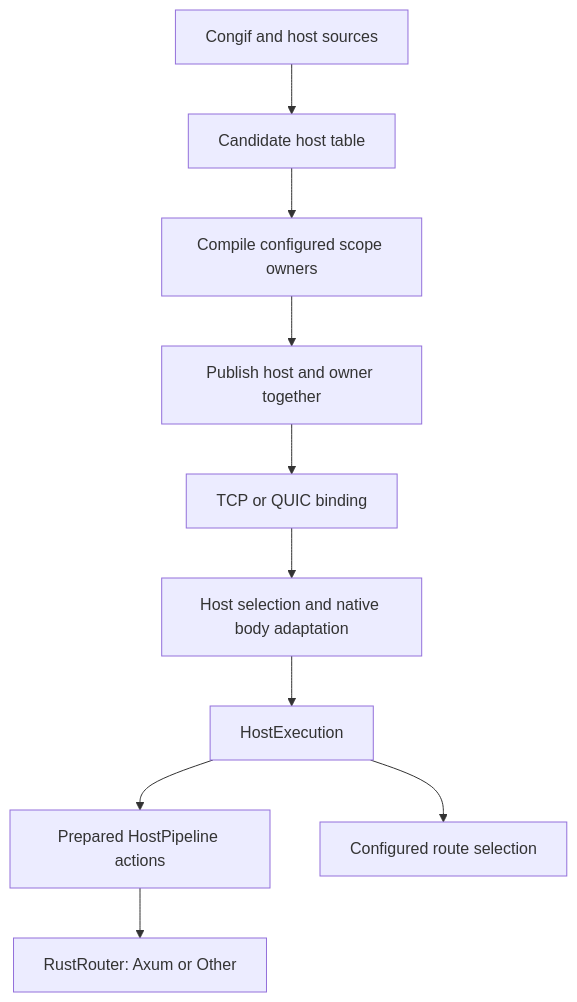
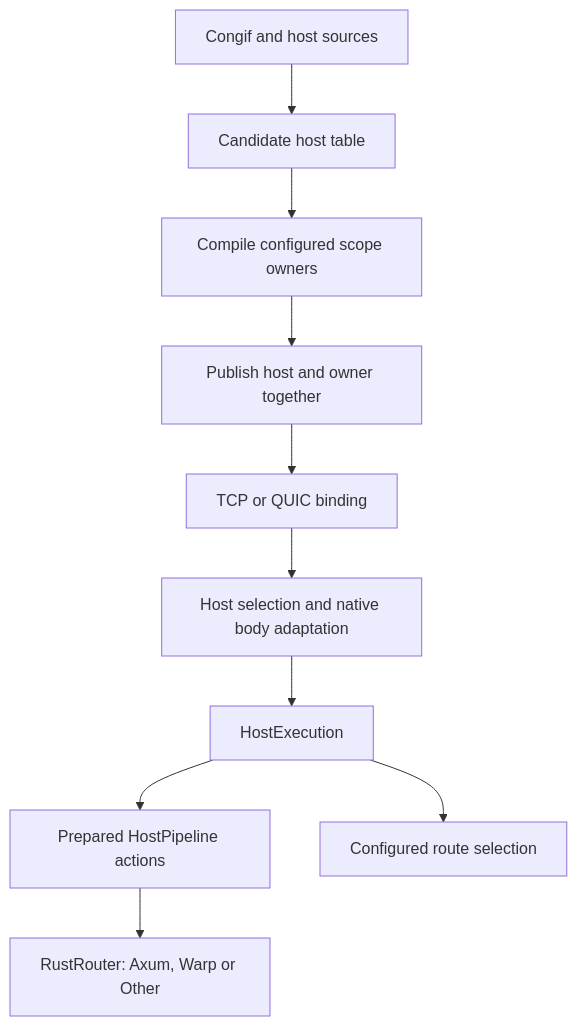
The diagram in crates/edge/ARCHITECTURE.md (claviron/claviron), drawn with Mermaid before and after one commit. The commit also changed other lines of this file and 54 other files, not shown here.

````diff
--- a/crates/edge/ARCHITECTURE.md
+++ b/crates/edge/ARCHITECTURE.md
@@ -15,12 +15,12 @@
 ```mermaid
 flowchart TD
     Config[Congif and host sources] --> Table[Candidate host table]
     Table --> Compile[Compile configured scope owners]
     Compile --> Publish[Publish host and owner together]
     Publish --> Transport[TCP or QUIC binding]
     Transport --> Select[Host selection and native body adaptation]
     Select --> Plan[HostExecution]
     Plan --> Actions[Prepared HostPipeline actions]
-    Actions --> Rust[RustRouter: Axum or Other]
+    Actions --> Rust[RustRouter: Axum, Warp or Other]
     Plan --> Scope[Configured route selection]
 ```
````
